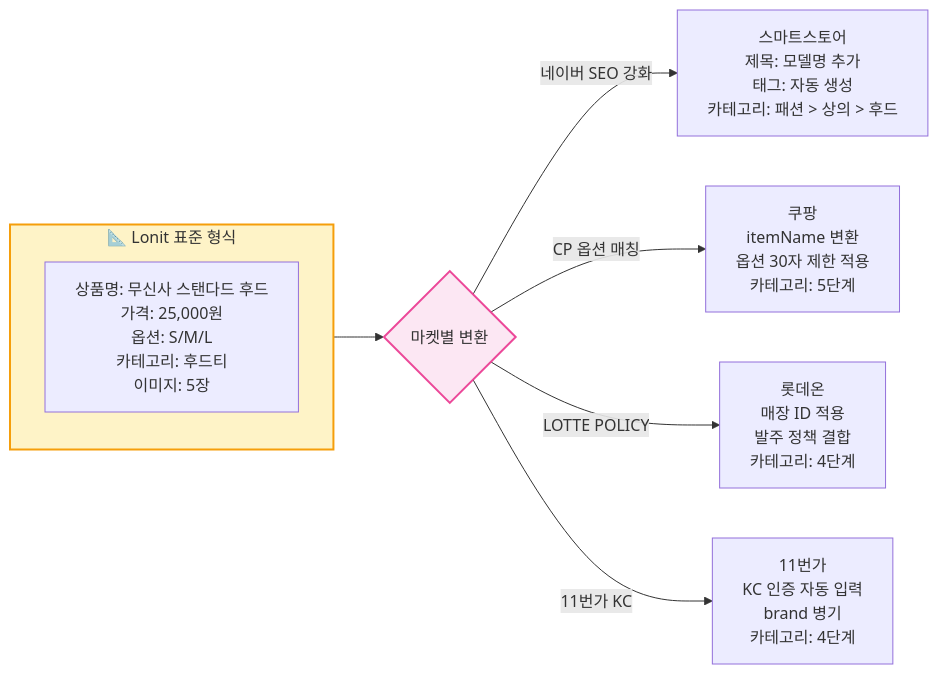
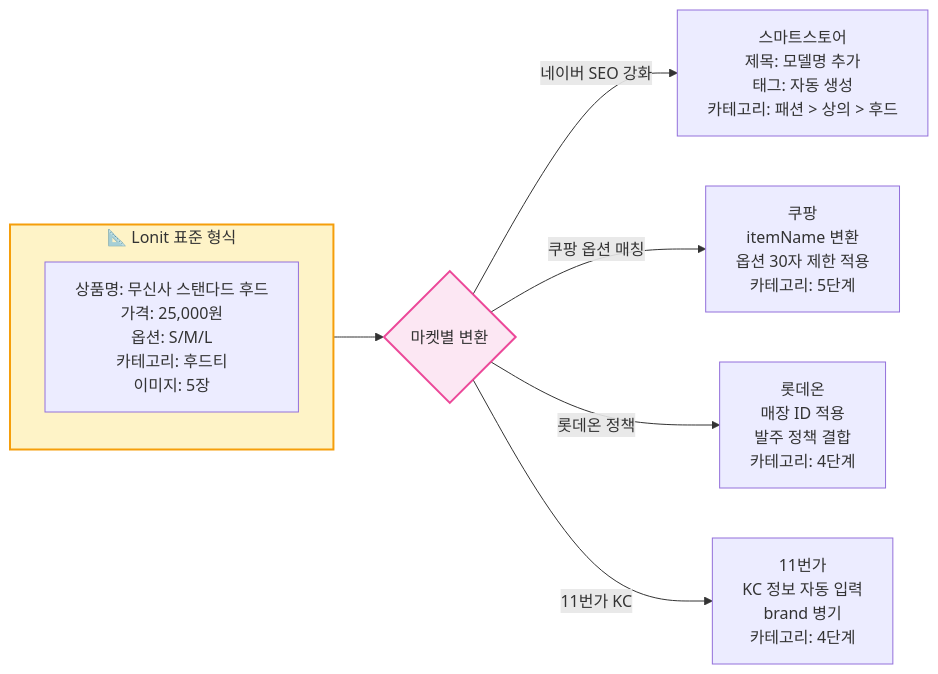
The eighth of 10 diagrams in docs/02-architecture.md (cksdud5785-design/lonit-manual), drawn with Mermaid before and after one commit. The commit also changed other lines of this file and 13 other files, not shown here.

````diff
--- a/docs/02-architecture.md
+++ b/docs/02-architecture.md
@@ -249,16 +256,16 @@
 ```mermaid
 flowchart LR
     subgraph STD["📐 Lonit 표준 형식"]
         T[상품명: 무신사 스탠다드 후드<br>가격: 25,000원<br>옵션: S/M/L<br>카테고리: 후드티<br>이미지: 5장]
     end
     
     STD --> V{마켓별 변환}
     
     V -->|네이버 SEO 강화| N[스마트스토어<br>제목: 모델명 추가<br>태그: 자동 생성<br>카테고리: 패션 > 상의 > 후드]
-    V -->|CP 옵션 매칭| C[쿠팡<br>itemName 변환<br>옵션 30자 제한 적용<br>카테고리: 5단계]
-    V -->|LOTTE POLICY| L[롯데온<br>매장 ID 적용<br>발주 정책 결합<br>카테고리: 4단계]
-    V -->|11번가 KC| E[11번가<br>KC 인증 자동 입력<br>brand 병기<br>카테고리: 4단계]
+    V -->|쿠팡 옵션 매칭| C[쿠팡<br>itemName 변환<br>옵션 30자 제한 적용<br>카테고리: 5단계]
+    V -->|롯데온 정책| L[롯데온<br>매장 ID 적용<br>발주 정책 결합<br>카테고리: 4단계]
+    V -->|11번가 KC| E[11번가<br>KC 정보 자동 입력<br>brand 병기<br>카테고리: 4단계]
     
     style STD fill:#fef3c7,stroke:#f59e0b,stroke-width:2px
     style V fill:#fce7f3,stroke:#ec4899,stroke-width:2px
 ```
````
